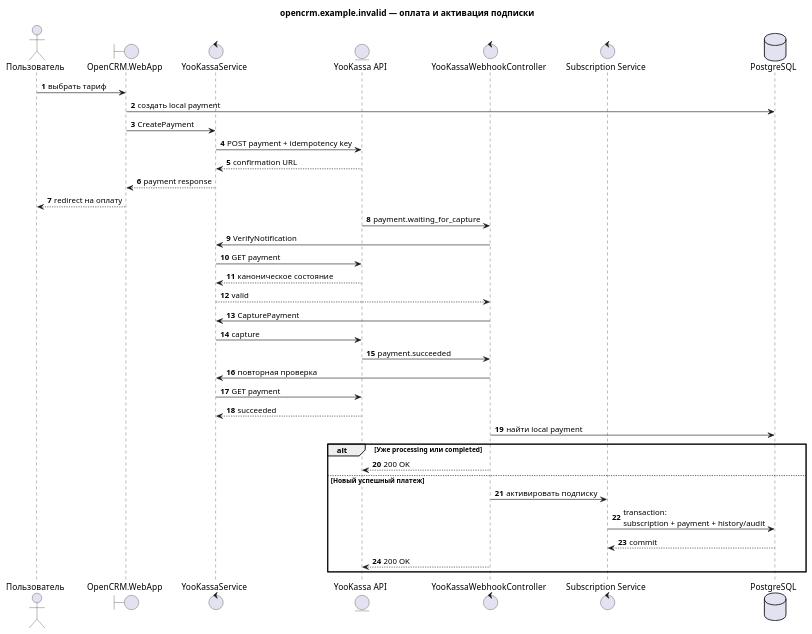
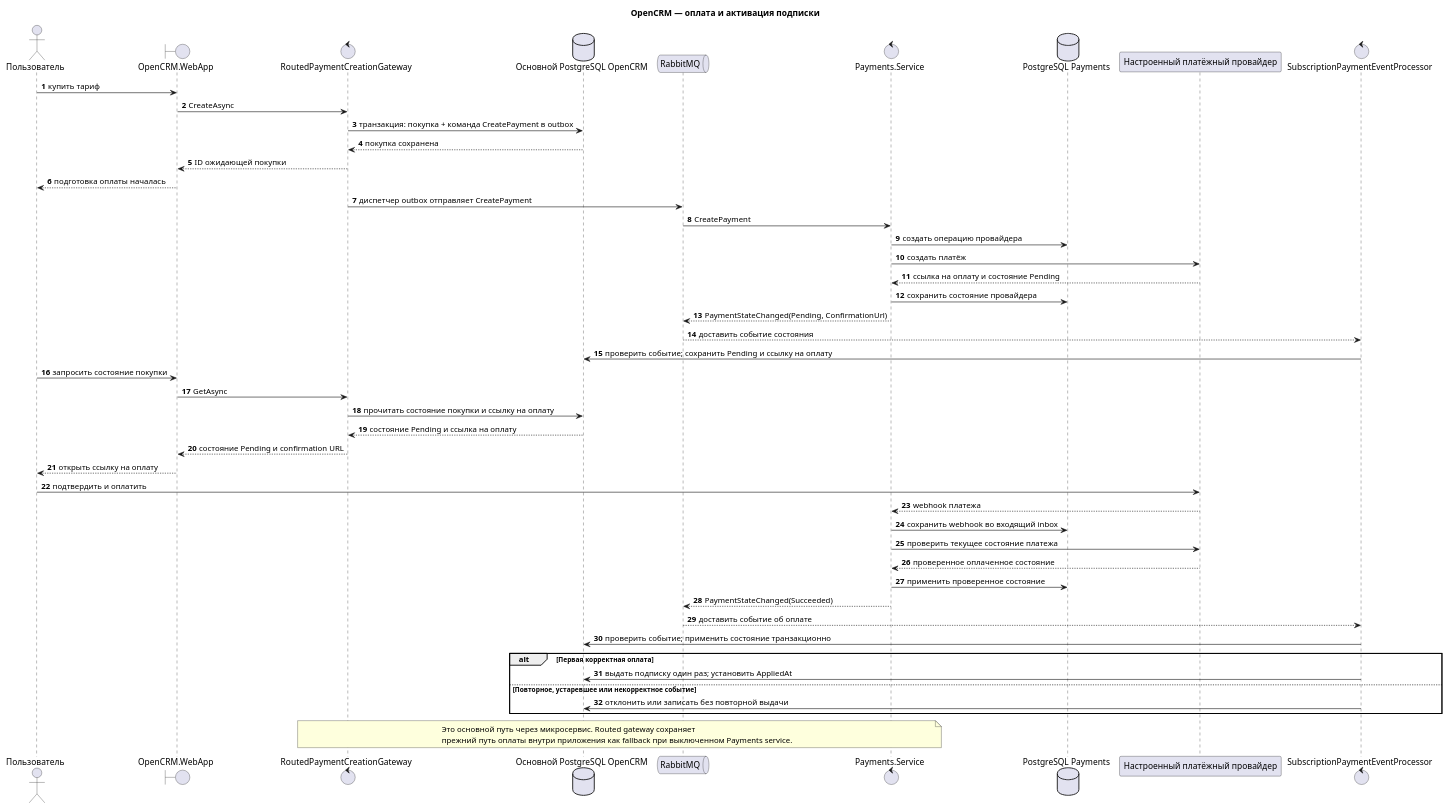
Before and after one commit to eddchervov/OpenCRM: the diagram in docs/uml/payment-sequence.ru.puml, drawn with PlantUML. The commit also changed 61 other files, not shown here.

Commit message:
Align bilingual guides and diagrams with the CRM core

```diff
--- a/docs/uml/payment-sequence.ru.puml
+++ b/docs/uml/payment-sequence.ru.puml
@@ -1,44 +1,59 @@
 @startuml payment_sequence
-title opencrm.example.invalid — оплата и активация подписки
+title OpenCRM — оплата и активация подписки
 
 autonumber
 actor "Пользователь" as User
 boundary "OpenCRM.WebApp" as App
-control "YooKassaService" as PaymentService
-entity "YooKassa API" as YooKassa
-control "YooKassaWebhookController" as Webhook
-control "Subscription Service" as Subscription
-database "PostgreSQL" as Db
+control "RoutedPaymentCreationGateway" as Gateway
+database "Основной PostgreSQL OpenCRM" as CrmDb
+queue "RabbitMQ" as Bus
+control "Payments.Service" as PaymentService
+database "PostgreSQL Payments" as PaymentDb
+participant "Настроенный платёжный провайдер" as Provider
+control "SubscriptionPaymentEventProcessor" as Processor
 
-User -> App : выбрать тариф
-App -> Db : создать local payment
-App -> PaymentService : CreatePayment
-PaymentService -> YooKassa : POST payment + idempotency key
-YooKassa --> PaymentService : confirmation URL
-PaymentService --> App : payment response
-App --> User : redirect на оплату
+User -> App : купить тариф
+App -> Gateway : CreateAsync
+Gateway -> CrmDb : транзакция: покупка + команда CreatePayment в outbox
+CrmDb --> Gateway : покупка сохранена
+Gateway --> App : ID ожидающей покупки
+App --> User : подготовка оплаты началась
 
-YooKassa -> Webhook : payment.waiting_for_capture
-Webhook -> PaymentService : VerifyNotification
-PaymentService -> YooKassa : GET payment
-YooKassa --> PaymentService : каноническое состояние
-PaymentService --> Webhook : valid
-Webhook -> PaymentService : CapturePayment
-PaymentService -> YooKassa : capture
+Gateway -> Bus : диспетчер outbox отправляет CreatePayment
+Bus -> PaymentService : CreatePayment
+PaymentService -> PaymentDb : создать операцию провайдера
+PaymentService -> Provider : создать платёж
+Provider --> PaymentService : ссылка на оплату и состояние Pending
+PaymentService -> PaymentDb : сохранить состояние провайдера
+PaymentService --> Bus : PaymentStateChanged(Pending, ConfirmationUrl)
+Bus --> Processor : доставить событие состояния
+Processor -> CrmDb : проверить событие; сохранить Pending и ссылку на оплату
 
-YooKassa -> Webhook : payment.succeeded
-Webhook -> PaymentService : повторная проверка
-PaymentService -> YooKassa : GET payment
-YooKassa --> PaymentService : succeeded
-Webhook -> Db : найти local payment
+User -> App : запросить состояние покупки
+App -> Gateway : GetAsync
+Gateway -> CrmDb : прочитать состояние покупки и ссылку на оплату
+CrmDb --> Gateway : состояние Pending и ссылка на оплату
+Gateway --> App : состояние Pending и confirmation URL
+App --> User : открыть ссылку на оплату
+User -> Provider : подтвердить и оплатить
+Provider --> PaymentService : webhook платежа
+PaymentService -> PaymentDb : сохранить webhook во входящий inbox
+PaymentService -> Provider : проверить текущее состояние платежа
+Provider --> PaymentService : проверенное оплаченное состояние
+PaymentService -> PaymentDb : применить проверенное состояние
+PaymentService --> Bus : PaymentStateChanged(Succeeded)
+Bus --> Processor : доставить событие об оплате
+Processor -> CrmDb : проверить событие; применить состояние транзакционно
 
-alt Уже processing или completed
-  Webhook --> YooKassa : 200 OK
-else Новый успешный платеж
-  Webhook -> Subscription : активировать подписку
-  Subscription -> Db : transaction:\nsubscription + payment + history/audit
-  Db --> Subscription : commit
-  Webhook --> YooKassa : 200 OK
+alt Первая корректная оплата
+  Processor -> CrmDb : выдать подписку один раз; установить AppliedAt
+else Повторное, устаревшее или некорректное событие
+  Processor -> CrmDb : отклонить или записать без повторной выдачи
 end
 
+note over Gateway,PaymentService
+  Это основной путь через микросервис. Routed gateway сохраняет
+  прежний путь оплаты внутри приложения как fallback при выключенном Payments service.
+end note
+
 @enduml
```
